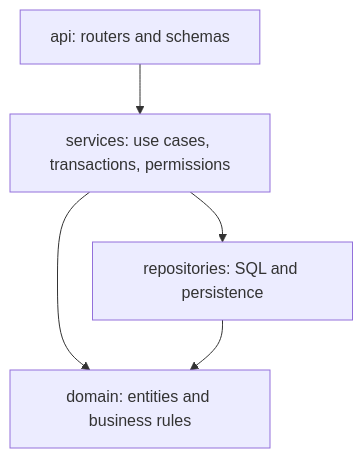
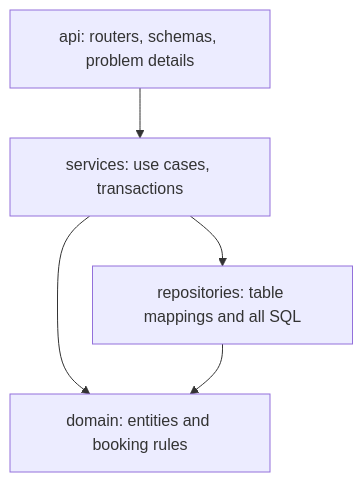
The diagram in README.md (remoshan/holdfast-booking-platform), drawn with Mermaid before and after one commit. The commit also changed other lines of this file, not shown here.

Commit message:
docs: document the API, booking rules and ADRs 0004 to 0006

````diff
--- a/README.md
+++ b/README.md
@@ -81,7 +148,7 @@
 ```mermaid
 flowchart TD
-    api["api: routers and schemas"] --> services["services: use cases, transactions, permissions"]
-    services --> repositories["repositories: SQL and persistence"]
-    services --> domain["domain: entities and business rules"]
+    api["api: routers, schemas, problem details"] --> services["services: use cases, transactions"]
+    services --> repositories["repositories: table mappings and all SQL"]
+    services --> domain["domain: entities and booking rules"]
     repositories --> domain
 ```
````
